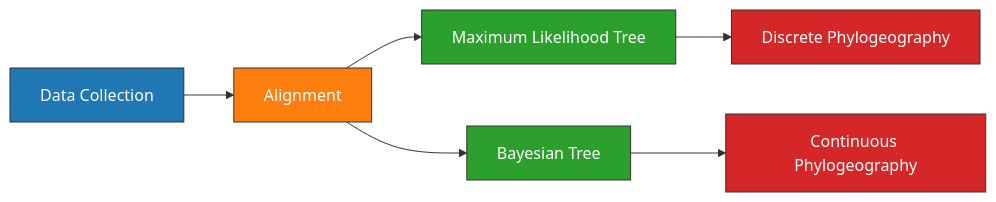
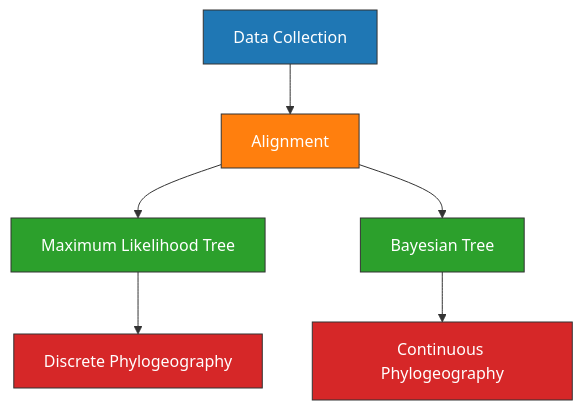
Before and after one commit to ktmeaton/obsidian-public: the diagram in academic/Plague Denmark Phylogeography Experiment.md, drawn with Mermaid. The commit also changed other lines of this file, not shown here.

````diff
--- a/academic/Plague Denmark Phylogeography Experiment.md
+++ b/academic/Plague Denmark Phylogeography Experiment.md
@@ -22,22 +43,22 @@
 ```mermaid
-graph LR;
+graph TD;
 1-->2;
 2-->3;
 2-->6;
 3-->5;
 6-->4;
 
 1[Data Collection];
 2[Alignment];
 3[Maximum Likelihood Tree];
 6[Bayesian Tree];
 4[Continuous Phylogeography];
 5[Discrete Phylogeography]
 
 style 1 fill:#1f77b4,stroke:#333,stroke-width:1px,color:white,fill-opacity:1.0;
 style 2 fill:#ff7f0e,stroke:#333,stroke-width:1px,fill-opacity:1.0,color:white
 style 3 fill:#2ca02c,stroke:#333,stroke-width:1px,fill-opacity:1.0,color:white
 style 4 fill:#d62728,stroke:#333,stroke-width:1px,fill-opacity:1.0,color:white
 style 5 fill:#d62728,stroke:#333,stroke-width:1px,fill-opacity:1.0,color:white
 style 6 fill:#2ca02c,stroke:#333,stroke-width:1px,fill-opacity:1.0,color:white
 ```
````
